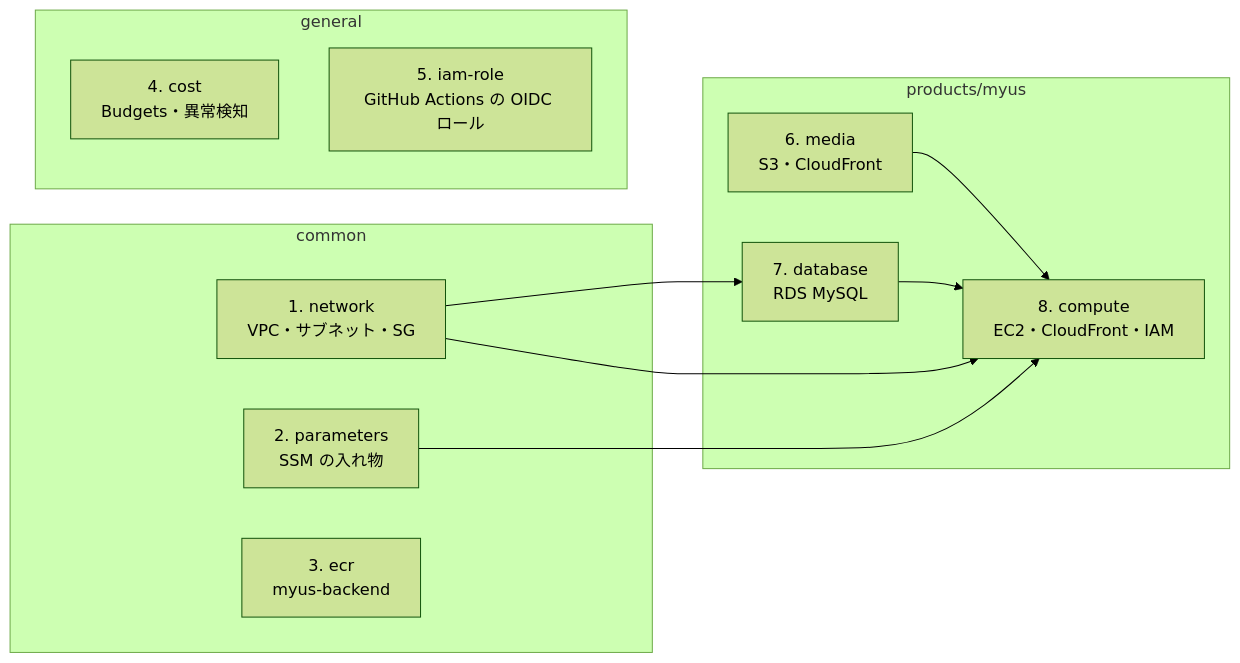
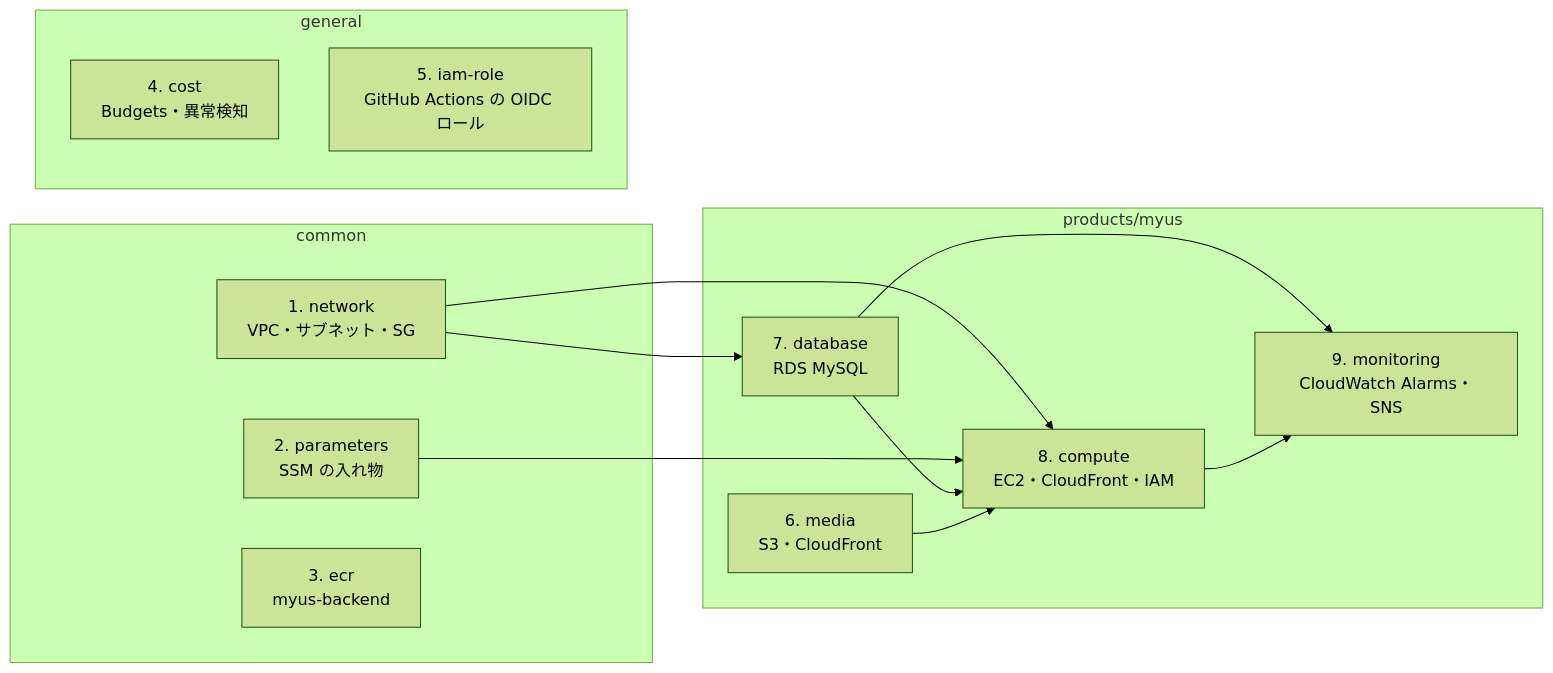
One commit to ANFINII/MyUs changed the third of 6 diagrams in docs/infrastructure.md. Above: the diagram before and after it, drawn with Mermaid (forest theme). The commit also changed other lines of this file, not shown here.

Commit message:
【infra】構成図に監視のスタックと監視の流れを足す (#1397)

````diff
--- a/docs/infrastructure.md
+++ b/docs/infrastructure.md
@@ -225,23 +225,26 @@
 ```mermaid
 flowchart LR
     subgraph common[common]
         network[1. network<br/>VPC・サブネット・SG]
         parameters[2. parameters<br/>SSM の入れ物]
         ecr[3. ecr<br/>myus-backend]
     end
     subgraph general[general]
         cost[4. cost<br/>Budgets・異常検知]
         iam[5. iam-role<br/>GitHub Actions の OIDC ロール]
     end
     subgraph myus[products/myus]
         media[6. media<br/>S3・CloudFront]
         database[7. database<br/>RDS MySQL]
         compute[8. compute<br/>EC2・CloudFront・IAM]
+        monitoring[9. monitoring<br/>CloudWatch Alarms・SNS]
     end
 
     network --> database
     network --> compute
     parameters --> compute
     database --> compute
     media --> compute
+    database --> monitoring
+    compute --> monitoring
 ```
````
